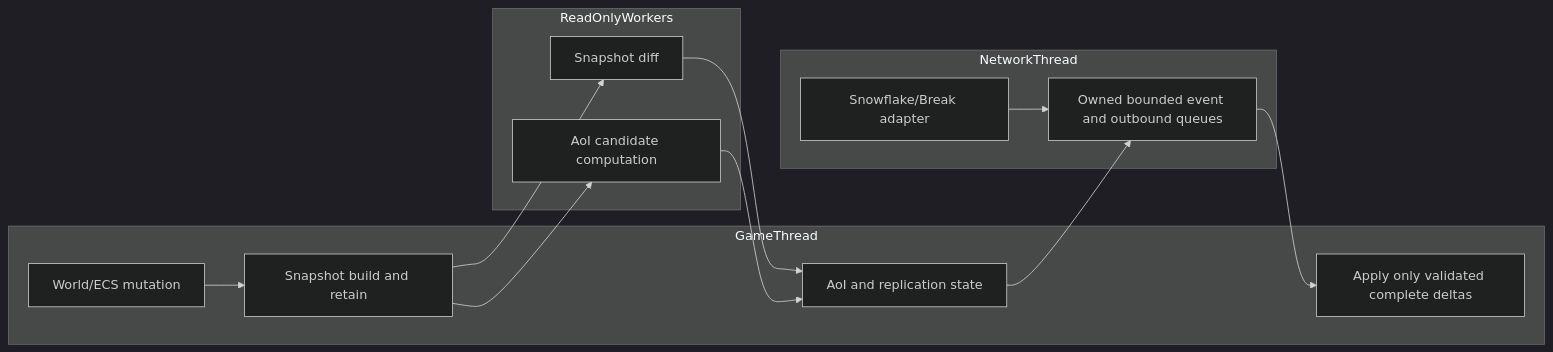
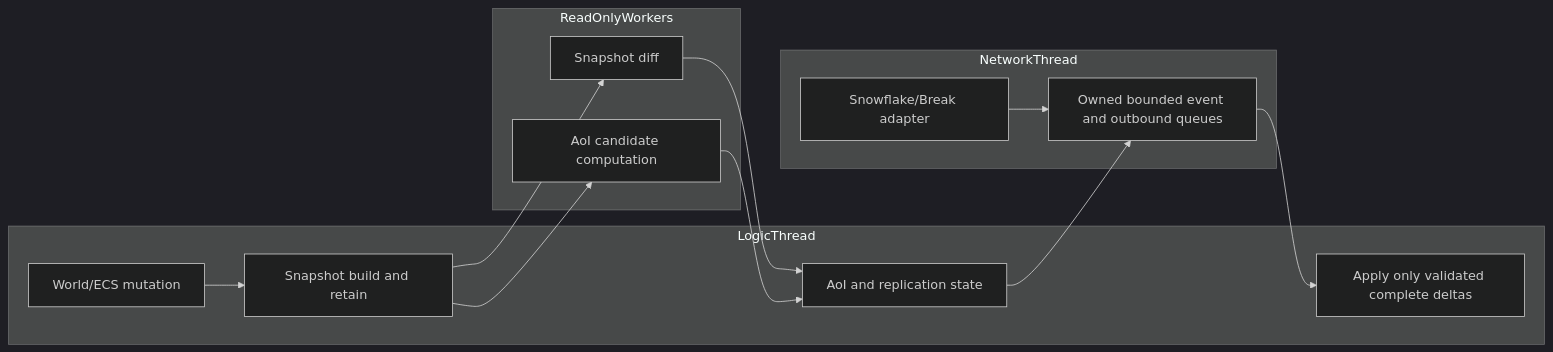
One commit to konyka/break changed the fourth of 4 diagrams in docs/design/ecs_snapshot_replication_aoi.md. Above: the diagram before and after it, drawn with Mermaid (dark theme). The commit also changed other lines of this file and 95 other files, not shown here.

````diff
--- a/docs/design/ecs_snapshot_replication_aoi.md
+++ b/docs/design/ecs_snapshot_replication_aoi.md
@@ -103,25 +103,25 @@
 ```mermaid
 flowchart LR
-    subgraph GameThread
+    subgraph LogicThread
         W[World/ECS mutation]
         S[Snapshot build and retain]
         A[AoI and replication state]
         G[Apply only validated complete deltas]
     end
     subgraph ReadOnlyWorkers
         D[Snapshot diff]
         C[AoI candidate computation]
     end
     subgraph NetworkThread
         R[Snowflake/Break adapter]
         Q[Owned bounded event and outbound queues]
     end
     W --> S
     S --> D
     S --> C
     D --> A
     C --> A
     A --> Q
     R --> Q
     Q --> G
 ```
````
